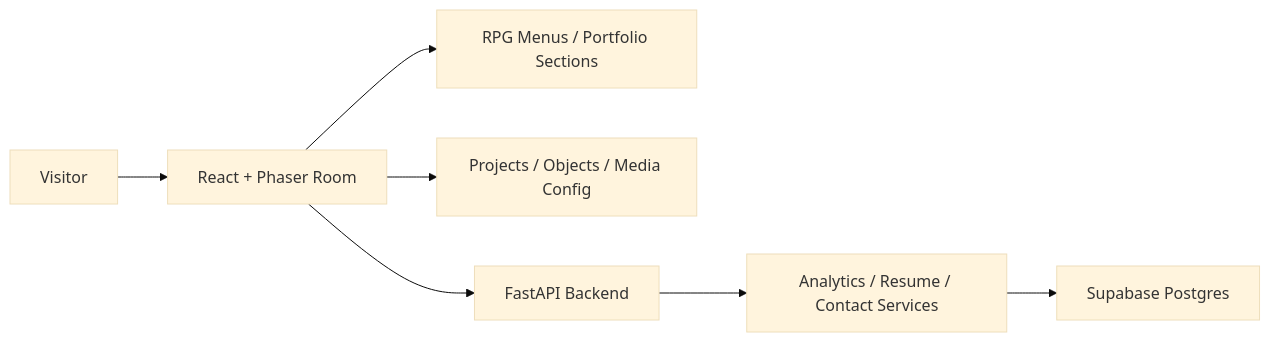
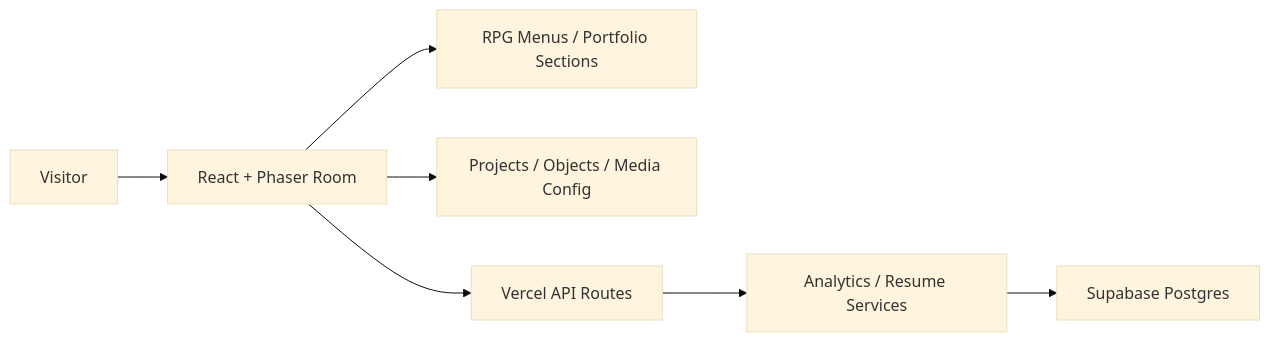
Before and after one commit to AyaanKhan1576/Ayaan-Portfolio: the diagram in README.md, drawn with Mermaid (base theme). The commit also changed other lines of this file and 16 other files, not shown here.

````diff
--- a/README.md
+++ b/README.md
@@ -58,9 +60,9 @@
 ```mermaid
 flowchart LR
   Visitor["Visitor"] --> Game["React + Phaser Room"]
   Game --> Modals["RPG Menus / Portfolio Sections"]
   Game --> Data["Projects / Objects / Media Config"]
-  Game --> API["FastAPI Backend"]
-  API --> Services["Analytics / Resume / Contact Services"]
+  Game --> API["Vercel API Routes"]
+  API --> Services["Analytics / Resume Services"]
   Services --> Supabase["Supabase Postgres"]
 ```
````
